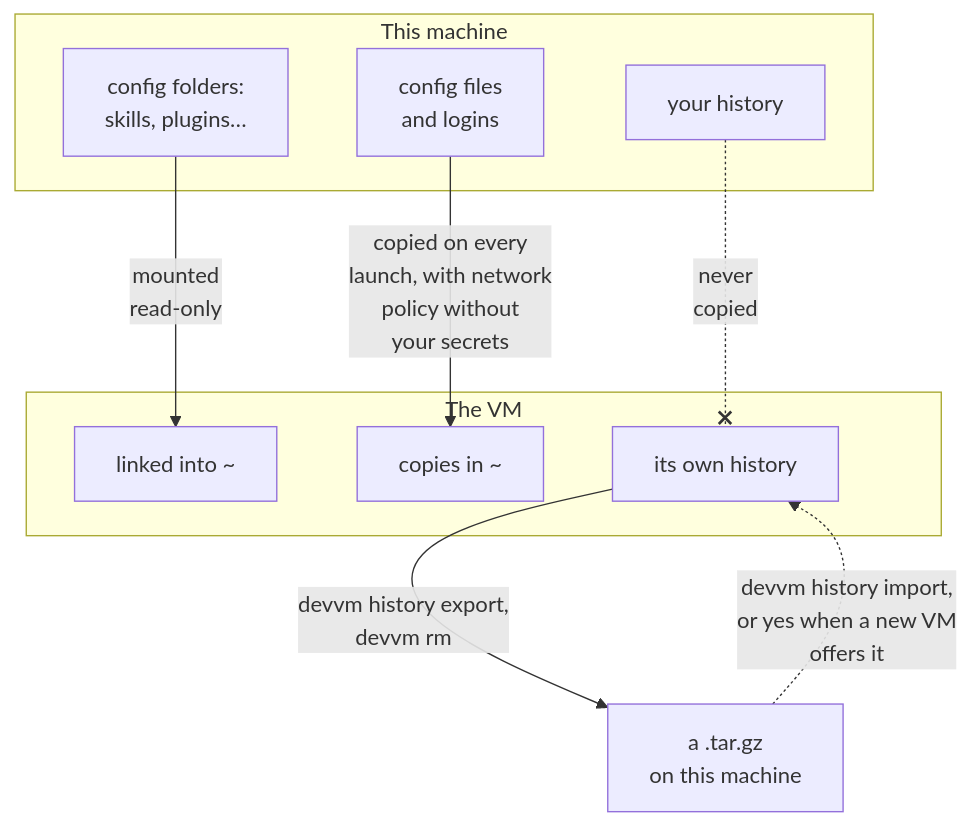
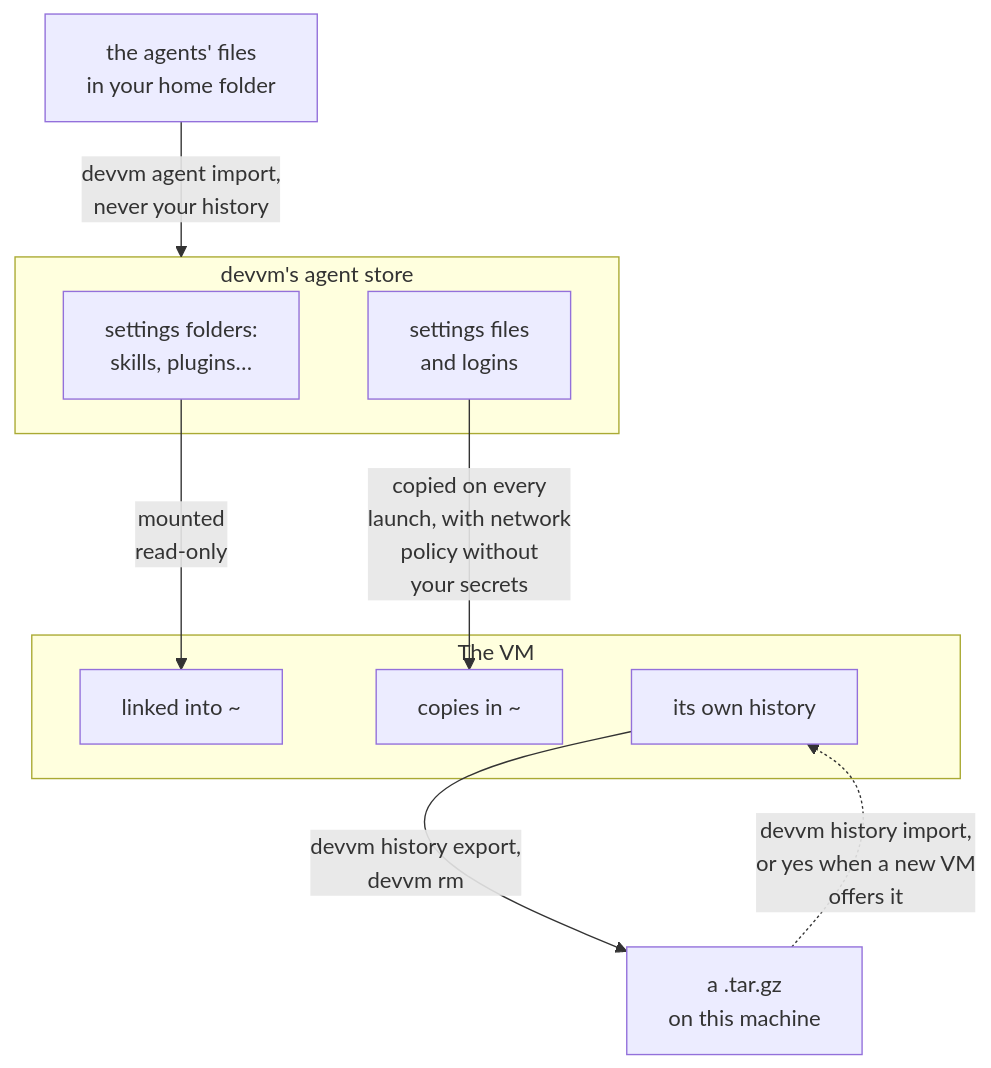
Before and after one commit to DustyPolk/devvm: the diagram in docs/content/docs/using/coding-agents.md, drawn with Mermaid. The commit also changed other lines of this file and 107 other files, not shown here.

````diff
--- a/docs/content/docs/using/coding-agents.md
+++ b/docs/content/docs/using/coding-agents.md
@@ -49,18 +56,18 @@
 ```mermaid
 flowchart TD
-  subgraph host["This machine"]
-    folders["config folders:<br>skills, plugins…"]
-    files["config files<br>and logins"]
-    history["your history"]
+  home["the agents' files<br>in your home folder"]
+  subgraph store["devvm's agent store"]
+    folders["settings folders:<br>skills, plugins…"]
+    files["settings files<br>and logins"]
   end
   subgraph guest["The VM"]
     links["linked into ~"]
     copies["copies in ~"]
     own["its own history"]
   end
+  home -- "devvm agent import,<br>never your history" --> store
   folders -- "mounted<br>read-only" --> links
   files -- "copied on every<br>launch, with network<br>policy without<br>your secrets" --> copies
-  history -. "never<br>copied" .-x own
   own -- "devvm history export,<br>devvm rm" --> export["a .tar.gz<br>on this machine"]
   export -. "devvm history import,<br>or yes when a new VM<br>offers it" .-> own
 ```
````
